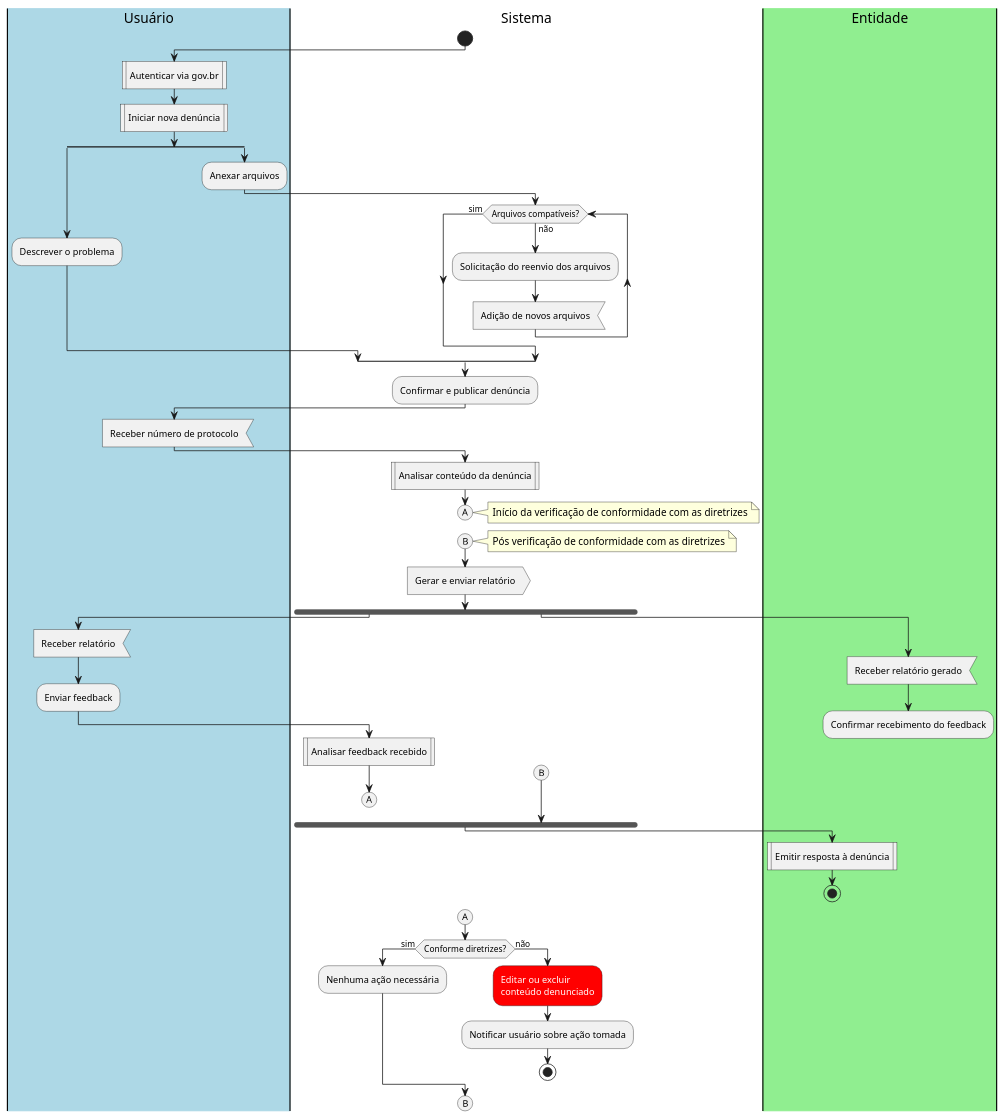
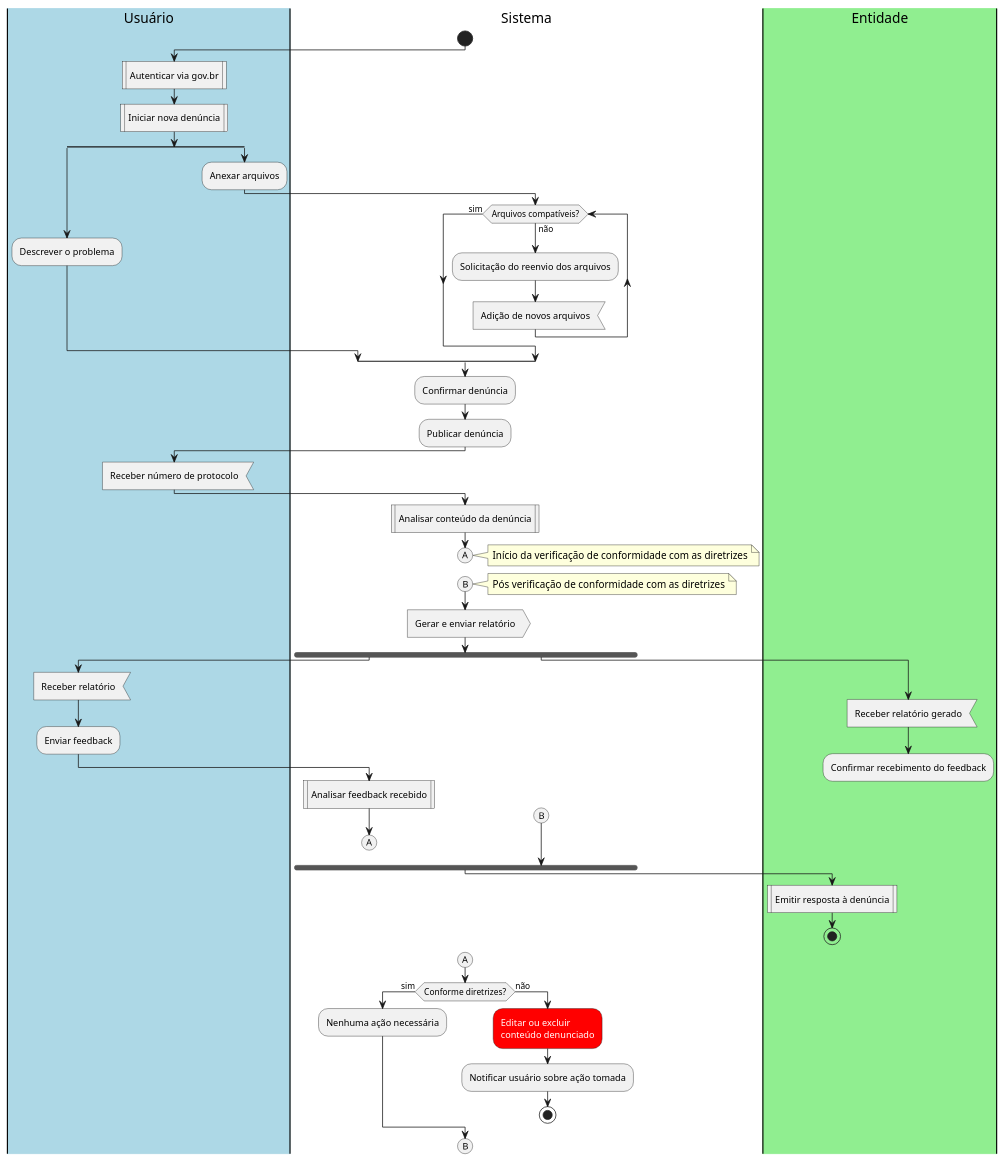
One commit to rafa-alves6/Reclama.se-AOO changed the diagram in Diagramas/uml_AcivityDiagram.puml. Above: the diagram before and after it, drawn with PlantUML.

```diff
--- a/Diagramas/uml_AcivityDiagram.puml
+++ b/Diagramas/uml_AcivityDiagram.puml
@@ -1,81 +1,82 @@
 @startuml
 
 |#lightblue|Usuário|
 |Sistema|
 |#lightgreen|Entidade|
 
 |Sistema|
 start
 
 |Usuário|
 :Autenticar via gov.br; <<procedure>>
 :Iniciar nova denúncia; <<procedure>>
 
 split
   :Descrever o problema;
 split again
   :Anexar arquivos;
   |Sistema|
   while (Arquivos compatíveis?) is (não)
     :Solicitação do reenvio dos arquivos;
     :Adição de novos arquivos; <<input>>
   endwhile (sim)
 endsplit
 
-:Confirmar e publicar denúncia;
+:Confirmar denúncia;
+:Publicar denúncia;
 |Usuário|
 :Receber número de protocolo; <<input>>
 |Sistema|
 :Analisar conteúdo da denúncia; <<procedure>>
 
 (A)
 note right
   Início da verificação de conformidade com as diretrizes
 end note
 detach
 
 (B)
 note right
   Pós verificação de conformidade com as diretrizes
 end note
 :Gerar e enviar relatório; <<output>>
 
 fork
   |Usuário|
   :Receber relatório; <<input>>
   :Enviar feedback;
   |Sistema|
   :Analisar feedback recebido; <<procedure>>
   (A)
   detach
 
 fork again
   |Entidade|
   :Receber relatório gerado; <<input>>
   :Confirmar recebimento do feedback;
   detach
   |Sistema|
   (B)
 end fork
 
 |Entidade|
 :Emitir resposta à denúncia; <<procedure>>
 
 stop
 
 |Sistema|
 (A)
 if (Conforme diretrizes?) then (sim)
   :Nenhuma ação necessária;
 else (não)
   #red:<color:white>Editar ou excluir
   <color:white>conteúdo denunciado;
   :Notificar usuário sobre ação tomada;
   stop
 endif
 
 
 (B)
 detach
 
 @enduml
```
